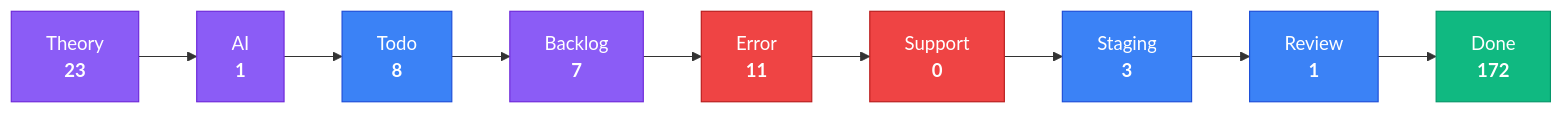
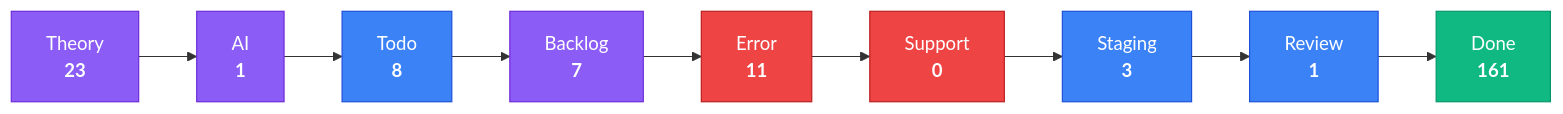
Before and after one commit to KBVE/kbve: the third of 4 diagrams in apps/kbve/astro-kbve/src/content/docs/dashboard/kanban-data.mdx, drawn with Mermaid. The commit also changed other lines of this file and 8 other files, not shown here.

````diff
--- a/apps/kbve/astro-kbve/src/content/docs/dashboard/kanban-data.mdx
+++ b/apps/kbve/astro-kbve/src/content/docs/dashboard/kanban-data.mdx
@@ -80,28 +80,28 @@
 ```mermaid
 flowchart LR
     classDef planning fill:#8b5cf6,stroke:#6d28d9,color:#fff
     classDef active fill:#3b82f6,stroke:#1d4ed8,color:#fff
     classDef blocked fill:#ef4444,stroke:#b91c1c,color:#fff
     classDef done fill:#10b981,stroke:#059669,color:#fff
     Theory["Theory<br/><strong>23</strong>"]
     Theory --> AI
     AI["AI<br/><strong>1</strong>"]
     AI --> Todo
     Todo["Todo<br/><strong>8</strong>"]
     Todo --> Backlog
     Backlog["Backlog<br/><strong>7</strong>"]
     Backlog --> Error
     Error["Error<br/><strong>11</strong>"]
     Error --> Support
     Support["Support<br/><strong>0</strong>"]
     Support --> Staging
     Staging["Staging<br/><strong>3</strong>"]
     Staging --> Review
     Review["Review<br/><strong>1</strong>"]
     Review --> Done
-    Done["Done<br/><strong>172</strong>"]
+    Done["Done<br/><strong>161</strong>"]
     class Theory,AI,Backlog planning
     class Todo,Staging,Review active
     class Error,Support blocked
     class Done done
 ```
````
